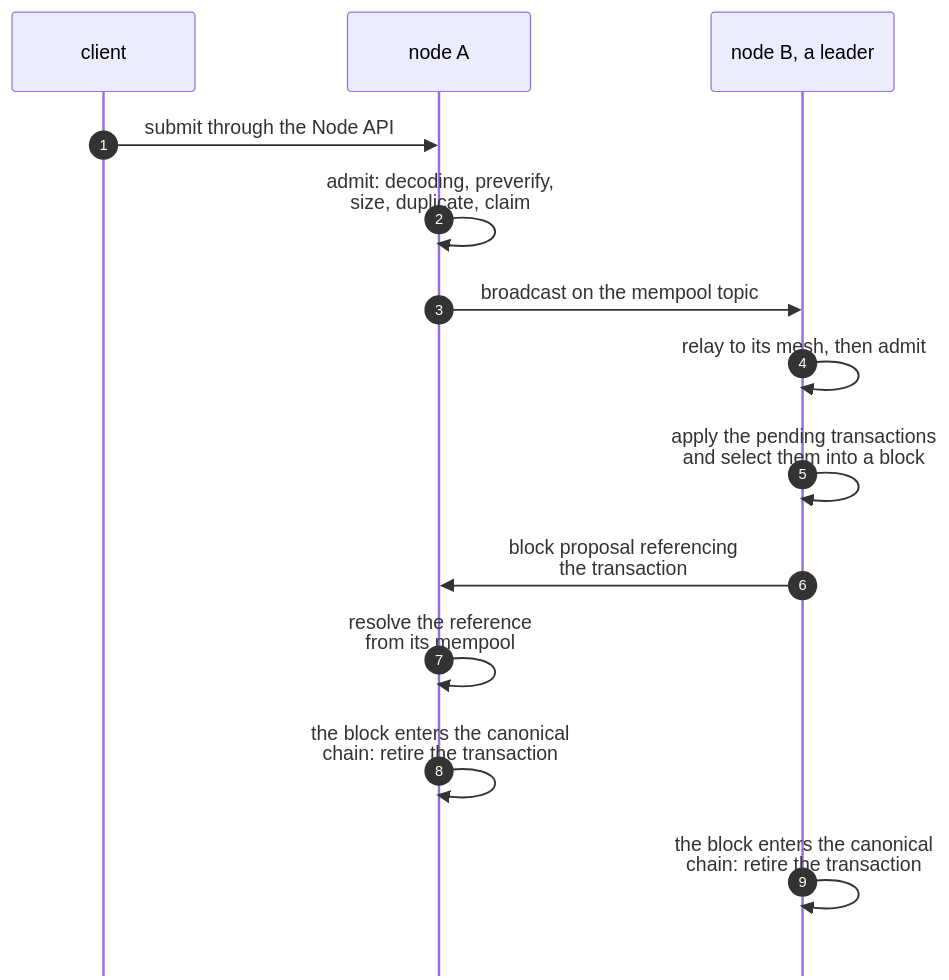
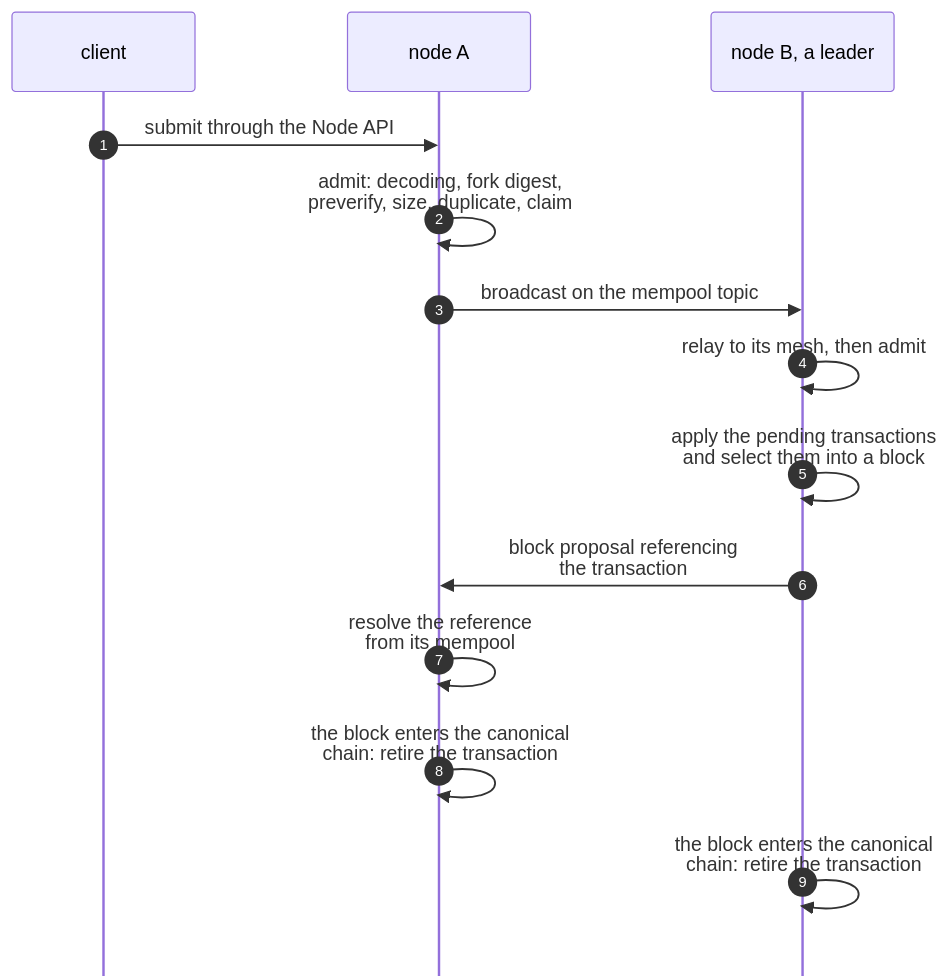
The third of 3 diagrams in docs/blockchain/raw/mempool.md (logos-co/logos-lips), drawn with Mermaid before and after one commit. The commit also changed other lines of this file and 1 other file, not shown here.

````diff
--- a/docs/blockchain/raw/mempool.md
+++ b/docs/blockchain/raw/mempool.md
@@ -149,21 +152,21 @@
 ```mermaid
 ---
 config:
   sequence:
     mirrorActors: false
 ---
 sequenceDiagram
     autonumber
     participant C as client
     participant A as node A
     participant B as node B, a leader
     C->>A: submit through the Node API
-    A->>A: admit: decoding, preverify,<br/>size, duplicate, claim
+    A->>A: admit: decoding, fork digest,<br/>preverify, size, duplicate, claim
     A->>B: broadcast on the mempool topic
     B->>B: relay to its mesh, then admit
     B->>B: apply the pending transactions<br/>and select them into a block
     B->>A: block proposal referencing<br/>the transaction
     A->>A: resolve the reference<br/>from its mempool
     A->>A: the block enters the canonical<br/>chain: retire the transaction
     B->>B: the block enters the canonical<br/>chain: retire the transaction
 ```
````
